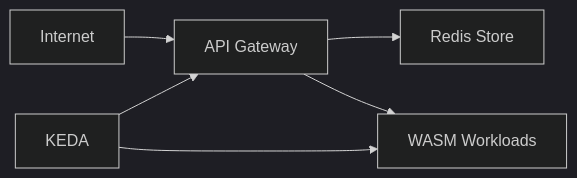
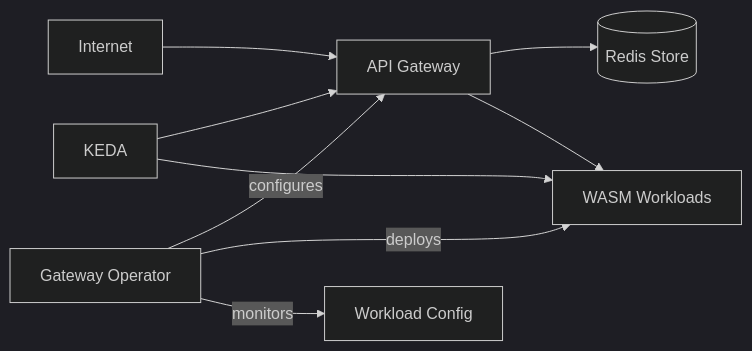
One commit to benjamin-wright/wasm-stream changed the diagram in README.md. Above: the diagram before and after it, drawn with Mermaid (dark theme).

````diff
--- a/README.md
+++ b/README.md
@@ -6,14 +6,19 @@
 ```mermaid
 graph LR;
   internet["Internet"]
   api["API Gateway"]
-  redis["Redis Store"]
+  operator["Gateway Operator"]
+  redis[(Redis Store)]
   worker["WASM Workloads"]
   keda["KEDA"]
+  config["Workload Config"]
 
   internet-->api
   api-->redis
   api-->worker
   keda-->api
   keda-->worker
+  operator--configures-->api
+  operator--deploys-->worker
+  operator--monitors-->config
 ```
````
